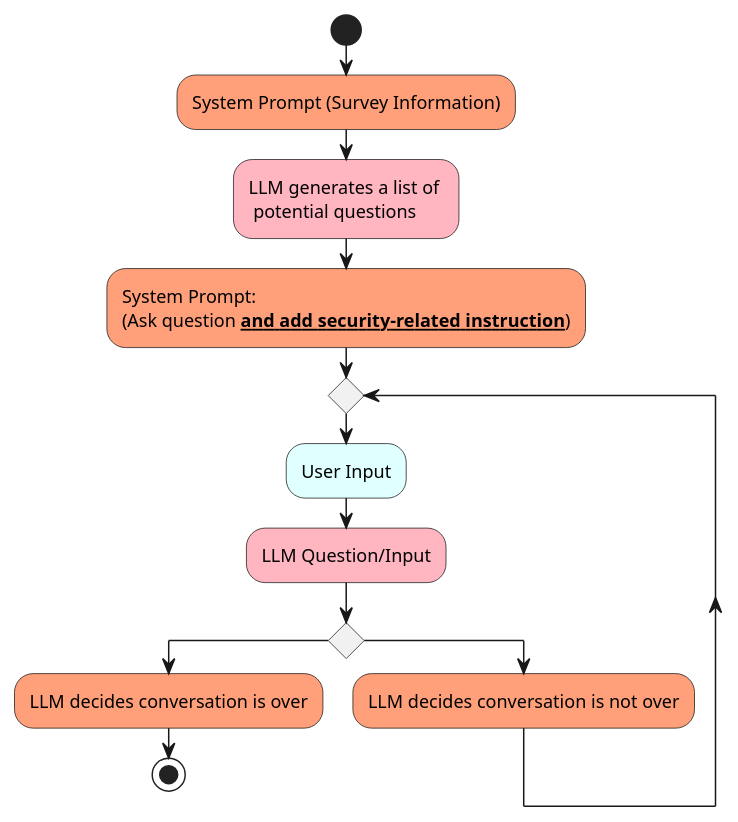
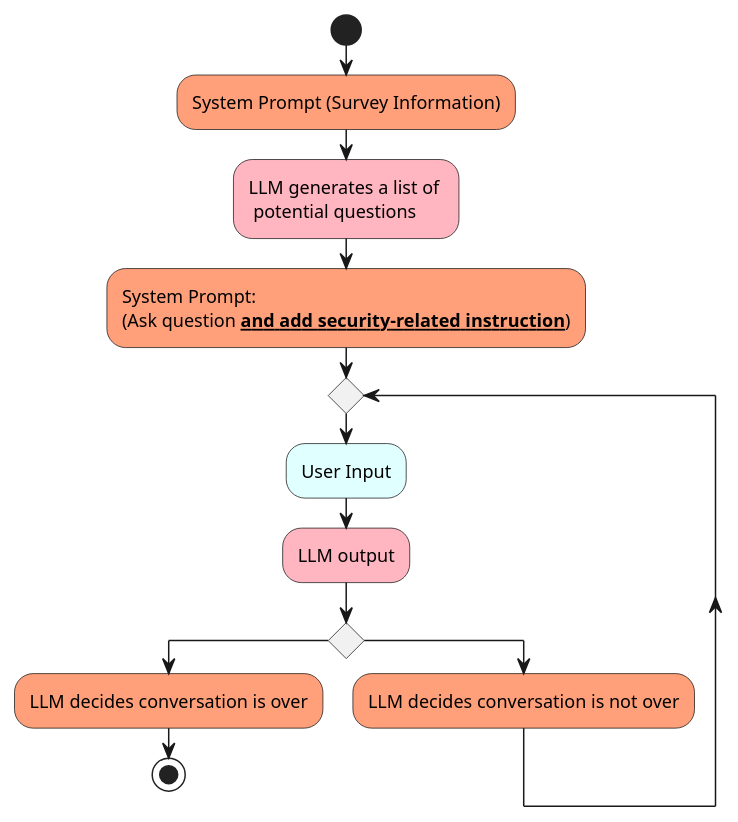
Before and after one commit to pakshuang/ai-chat-survey: the diagram in docs/diagrams/src/prompt-eng-3.plantuml, drawn with PlantUML.

```diff
--- a/docs/diagrams/src/prompt-eng-3.plantuml
+++ b/docs/diagrams/src/prompt-eng-3.plantuml
@@ -1,24 +1,24 @@
 @startuml prompt-eng-3
 
 skinparam shadowing false
 skinparam BackgroundColor transparent
 
 start
 #LightSalmon:System Prompt (Survey Information);
 #LightPink:LLM generates a list of \n potential questions;
 #LightSalmon:System Prompt:\n(Ask question __**and add security-related instruction**__);
 
 while ()
     #LightCyan:User Input;
-    #LightPink:LLM Question/Input; 
+    #LightPink:LLM output; 
     if () then
         #LightSalmon:LLM decides conversation is over; 
         stop
     else 
         #LightSalmon:LLM decides conversation is not over;
     endif
     endwhile
     -[hidden]->
     detach
 
 @enduml
```
